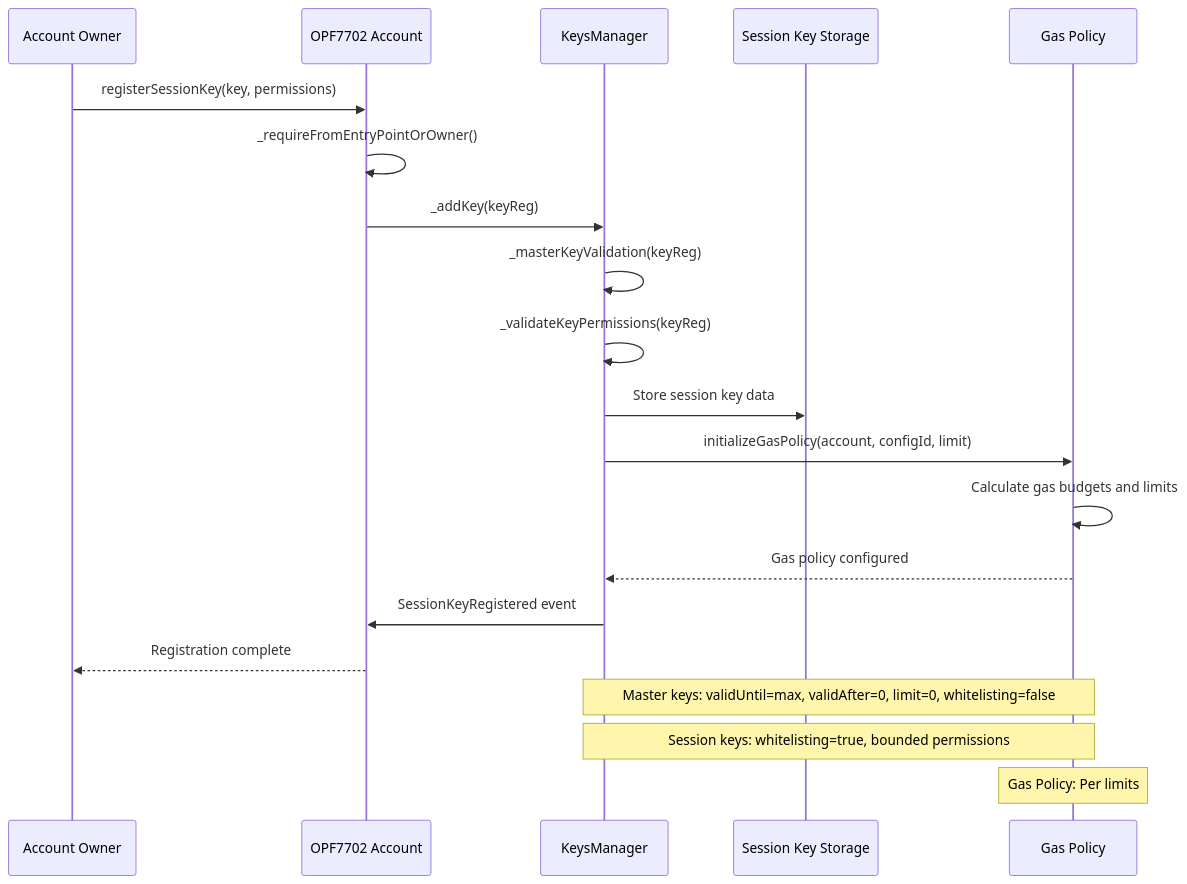
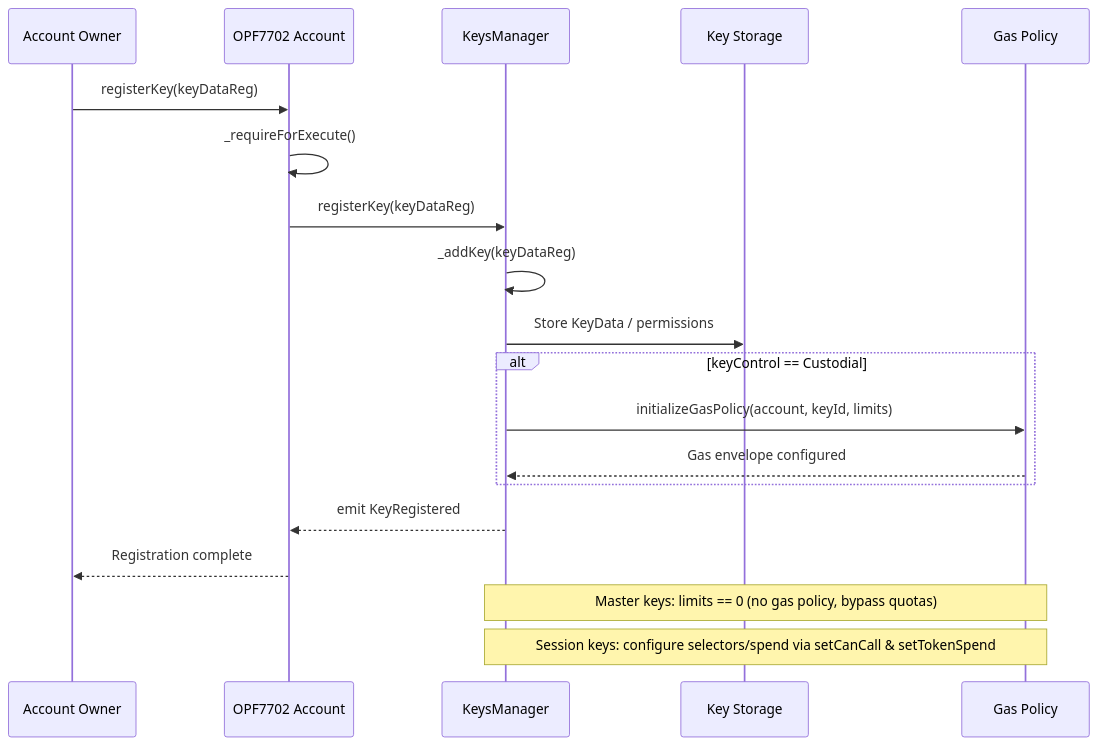
Before and after one commit to openfort-xyz/openfort-7702-account: the fifth of 7 diagrams in docs/SessionKeys.md, drawn with Mermaid. The commit also changed other lines of this file and 1 other file, not shown here.

Commit message:
(docs) Session Keys and Recovery

````diff
--- a/docs/SessionKeys.md
+++ b/docs/SessionKeys.md
@@ -222,24 +187,23 @@
 ```mermaid
 sequenceDiagram
     participant Owner as Account Owner
     participant Account as OPF7702 Account
     participant KeysManager
-    participant Storage as Session Key Storage
+    participant Storage as Key Storage
     participant GasPolicy as Gas Policy
 
-    Owner->>Account: registerSessionKey(key, permissions)
-    Account->>Account: _requireFromEntryPointOrOwner()
-    Account->>KeysManager: _addKey(keyReg)
-    KeysManager->>KeysManager: _masterKeyValidation(keyReg)
-    KeysManager->>KeysManager: _validateKeyPermissions(keyReg)
-    KeysManager->>Storage: Store session key data
-    KeysManager->>GasPolicy: initializeGasPolicy(account, configId, limit)
-    GasPolicy->>GasPolicy: Calculate gas budgets and limits
-    GasPolicy-->>KeysManager: Gas policy configured
-    KeysManager->>Account: SessionKeyRegistered event
+    Owner->>Account: registerKey(keyDataReg)
+    Account->>Account: _requireForExecute()
+    Account->>KeysManager: registerKey(keyDataReg)
+    KeysManager->>KeysManager: _addKey(keyDataReg)
+    KeysManager->>Storage: Store KeyData / permissions
+    alt keyControl == Custodial
+        KeysManager->>GasPolicy: initializeGasPolicy(account, keyId, limits)
+        GasPolicy-->>KeysManager: Gas envelope configured
+    end
+    KeysManager-->>Account: emit KeyRegistered
     Account-->>Owner: Registration complete
 
-    Note over KeysManager, GasPolicy: Master keys: validUntil=max, validAfter=0, limit=0, whitelisting=false
-    Note over KeysManager, GasPolicy: Session keys: whitelisting=true, bounded permissions
-    Note over GasPolicy: Gas Policy: Per limits
+    Note over KeysManager, GasPolicy: Master keys: limits == 0 (no gas policy, bypass quotas)
+    Note over KeysManager, GasPolicy: Session keys: configure selectors/spend via setCanCall & setTokenSpend
 ```
````
